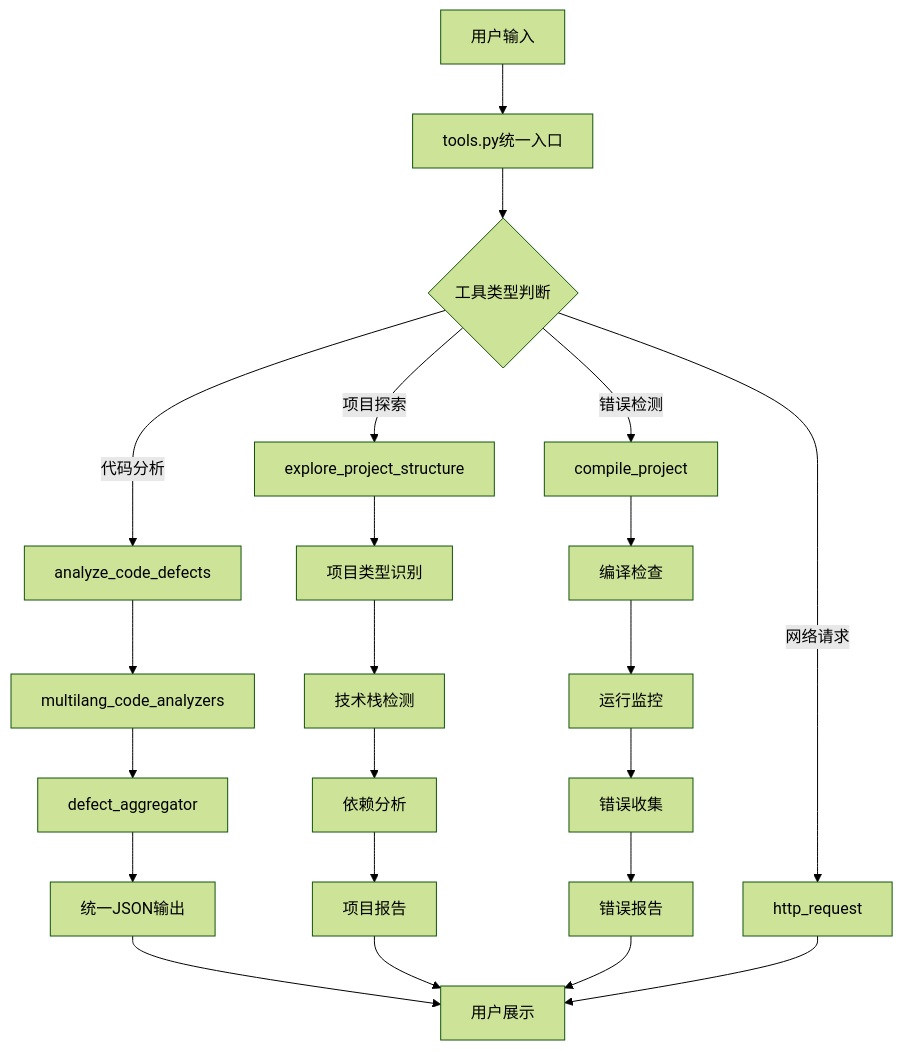
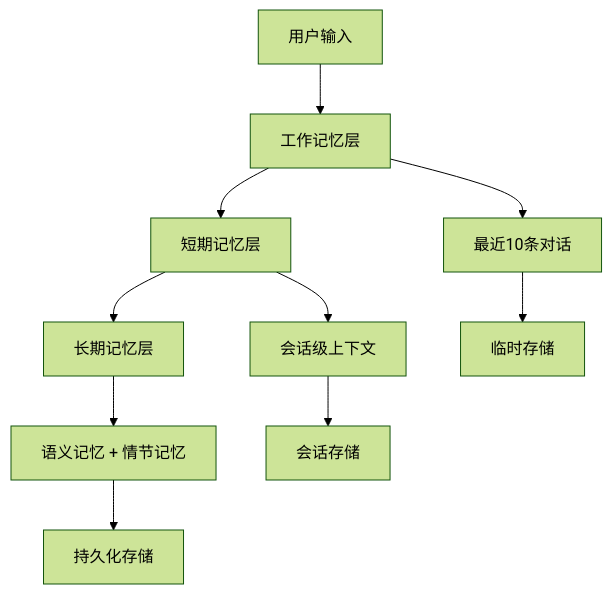
The tenth of 20 diagrams in docs/tools_architecture.md (3uyuan1ee/Fix_agent), drawn with Mermaid (forest theme) before and after one commit. The commit also changed other lines of this file, not shown here.

````diff
--- a/docs/tools_architecture.md
+++ b/docs/tools_architecture.md
@@ -549,29 +482,14 @@
 ```mermaid
-flowchart TD
-    A[用户输入] --> B[tools.py统一入口]
-    B --> C{工具类型判断}
+graph TD
+    A[用户输入] --> B[工作记忆层]
+    B --> C[短期记忆层]
+    C --> D[长期记忆层]
 
-    C -->|代码分析| D[analyze_code_defects]
-    C -->|项目探索| E[explore_project_structure]
-    C -->|错误检测| F[compile_project]
-    C -->|网络请求| G[http_request]
+    B --> E[最近10条对话]
+    C --> F[会话级上下文]
+    D --> G[语义记忆 + 情节记忆]
 
-    D --> H[multilang_code_analyzers]
-    H --> I[defect_aggregator]
-    I --> J[统一JSON输出]
-
-    E --> K[项目类型识别]
-    K --> L[技术栈检测]
-    L --> M[依赖分析]
-    M --> N[项目报告]
-
-    F --> O[编译检查]
-    O --> P[运行监控]
-    P --> Q[错误收集]
-    Q --> R[错误报告]
-
-    J --> S[用户展示]
-    N --> S
-    R --> S
-    G --> S
+    E --> H[临时存储]
+    F --> I[会话存储]
+    G --> J[持久化存储]
 ```
````
